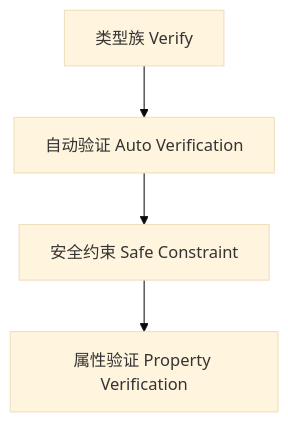
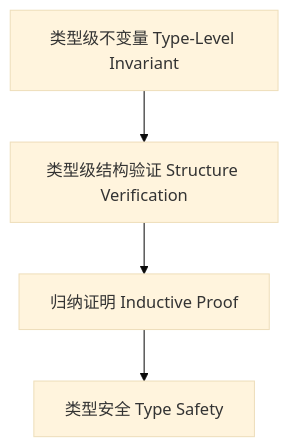
One commit to AdaMartin18010/haskell changed the diagram in docs/analysis/Type/01-Type-Level-Verification.md. Above: the diagram before and after it, drawn with Mermaid (base theme). The commit also changed other lines of this file and 5 other files, not shown here.

````diff
--- a/docs/analysis/Type/01-Type-Level-Verification.md
+++ b/docs/analysis/Type/01-Type-Level-Verification.md
@@ -65,6 +71,6 @@
 ```mermaid
 graph TD
-  A[类型族 Verify] --> B[自动验证 Auto Verification]
-  B --> C[安全约束 Safe Constraint]
-  C --> D[属性验证 Property Verification]
+  A[类型级不变量 Type-Level Invariant] --> B[类型级结构验证 Structure Verification]
+  B --> C[归纳证明 Inductive Proof]
+  C --> D[类型安全 Type Safety]
 ```
````
